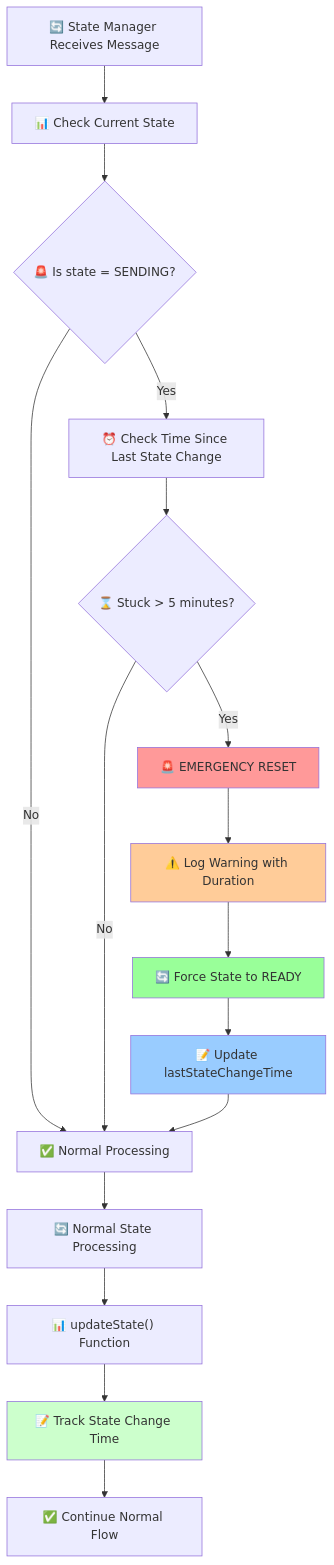
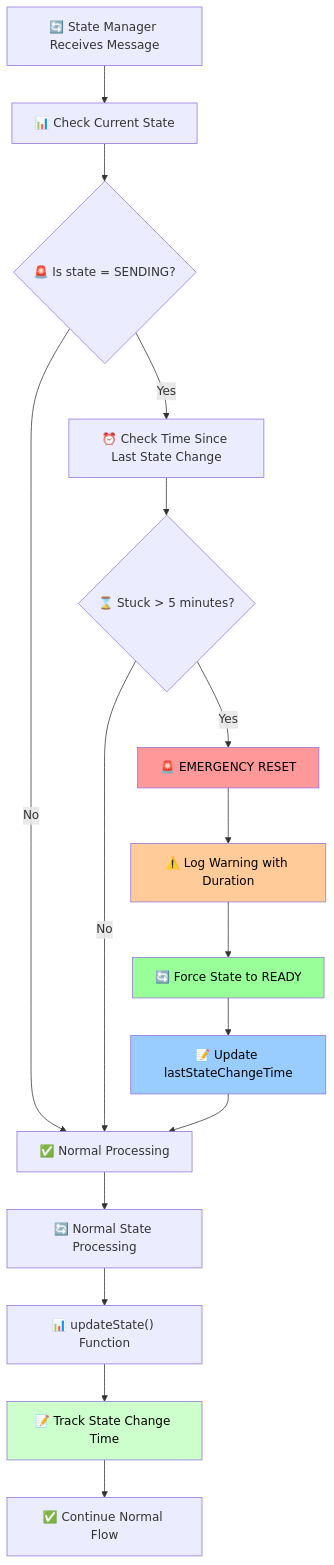
Before and after one commit to UnicornUniversity/project-team009: the first of 2 diagrams in flows_design_optimized.md, drawn with Mermaid. The commit also changed other lines of this file, not shown here.

````diff
--- a/flows_design_optimized.md
+++ b/flows_design_optimized.md
@@ -20,25 +20,25 @@
 ```mermaid
 graph TD
     A["🔄 State Manager Receives Message"] --> B["📊 Check Current State"]
     B --> C{"🚨 Is state = SENDING?"}
     C -->|No| D["✅ Normal Processing"]
     C -->|Yes| E["⏰ Check Time Since Last State Change"]
     E --> F{"⌛ Stuck > 5 minutes?"}
     F -->|No| D
     F -->|Yes| G["🚨 EMERGENCY RESET"]
     G --> H["⚠️ Log Warning with Duration"]
     H --> I["🔄 Force State to READY"]
     I --> J["📝 Update lastStateChangeTime"]
     J --> D
     
     D --> K["🔄 Normal State Processing"]
     K --> L["📊 updateState() Function"]
     L --> M["📝 Track State Change Time"]
     M --> N["✅ Continue Normal Flow"]
     
-    style G fill:#ff9999
-    style H fill:#ffcc99
-    style I fill:#99ff99
-    style J fill:#99ccff
-    style M fill:#ccffcc
+    style G fill:#ff9999,color:#000000
+    style H fill:#ffcc99,color:#000000
+    style I fill:#99ff99,color:#000000
+    style J fill:#99ccff,color:#000000
+    style M fill:#ccffcc,color:#000000
 ```
````
